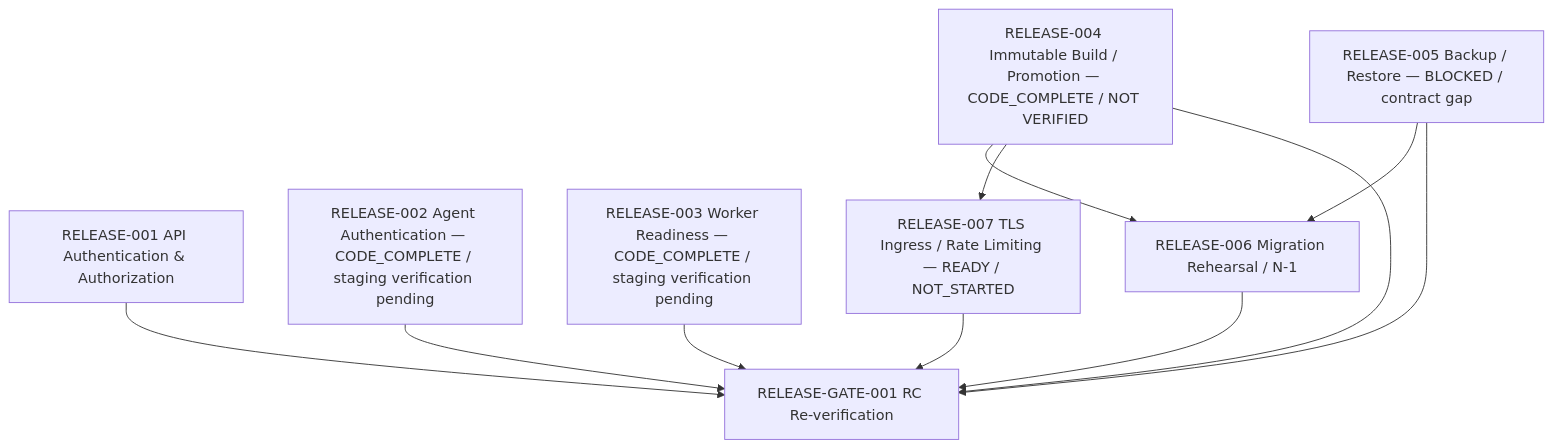
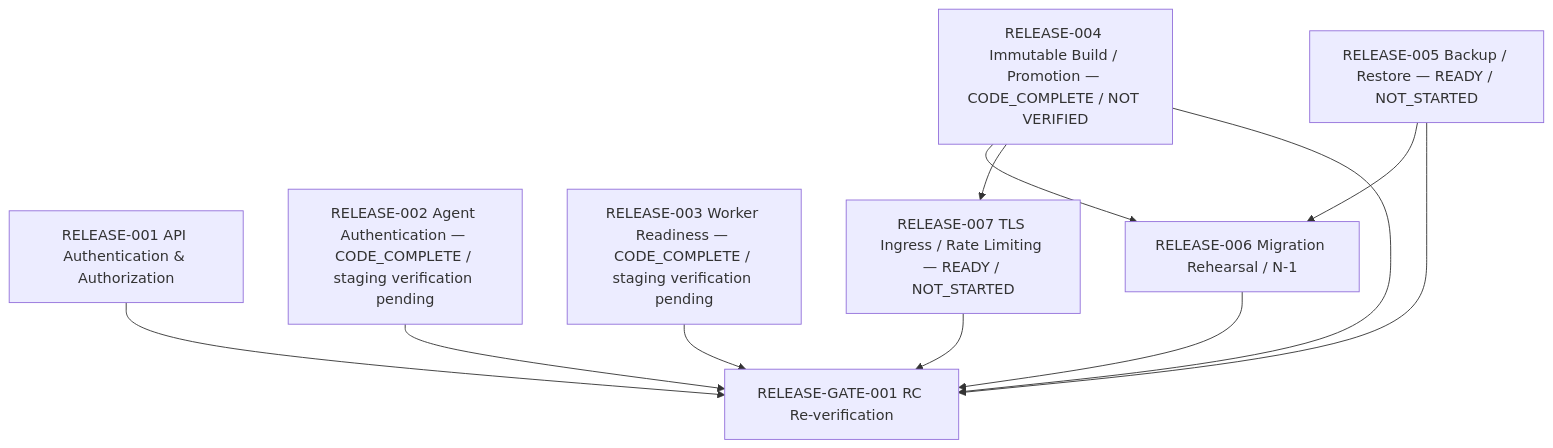
One commit to duclee9x/itcenter changed the diagram in docs/release/RELEASE_DEPENDENCY_GRAPH.md. Above: the diagram before and after it, drawn with Mermaid. The commit also changed other lines of this file and 10 other files, not shown here.

Commit message:
Complete RELEASE-005 backup recovery contract

````diff
--- a/docs/release/RELEASE_DEPENDENCY_GRAPH.md
+++ b/docs/release/RELEASE_DEPENDENCY_GRAPH.md
@@ -6,23 +6,23 @@
 ```mermaid
 flowchart TD
   R001[RELEASE-001 API Authentication & Authorization]
   R002[RELEASE-002 Agent Authentication — CODE_COMPLETE / staging verification pending]
   R003[RELEASE-003 Worker Readiness — CODE_COMPLETE / staging verification pending]
   R004[RELEASE-004 Immutable Build / Promotion — CODE_COMPLETE / NOT VERIFIED]
-  R005[RELEASE-005 Backup / Restore — BLOCKED / contract gap]
+  R005[RELEASE-005 Backup / Restore — READY / NOT_STARTED]
   R006[RELEASE-006 Migration Rehearsal / N-1]
   R007[RELEASE-007 TLS Ingress / Rate Limiting — READY / NOT_STARTED]
   G001[RELEASE-GATE-001 RC Re-verification]
 
   R004 --> R006
   R005 --> R006
   R004 --> R007
 
   R001 --> G001
   R002 --> G001
   R003 --> G001
   R004 --> G001
   R005 --> G001
   R006 --> G001
   R007 --> G001
 ```
````
